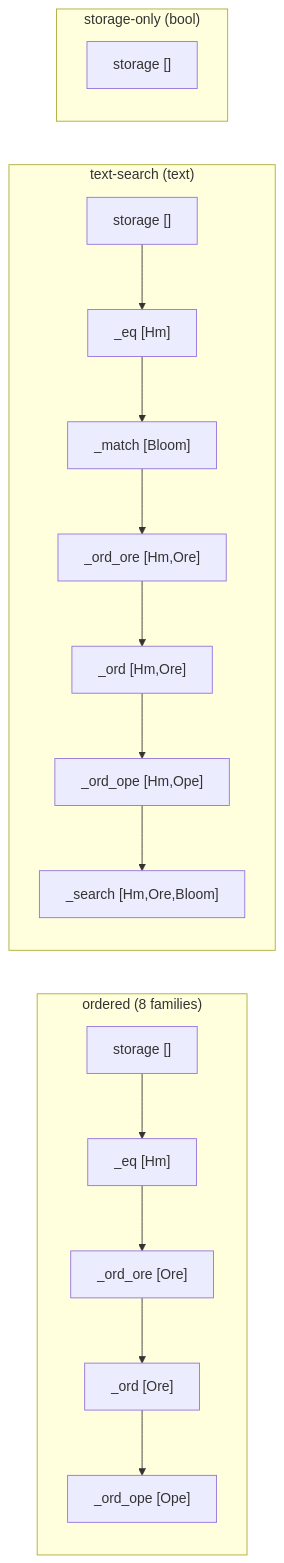
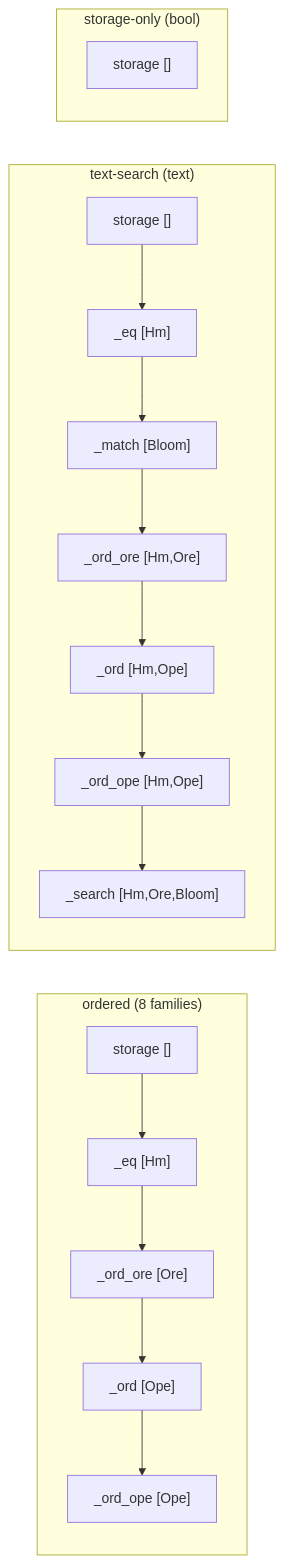
Before and after one commit to cipherstash/encrypt-query-language: the third of 15 diagrams in docs/reference/catalog-driven-architecture.md, drawn with Mermaid. The commit also changed other lines of this file and 150 other files, not shown here.

````diff
--- a/docs/reference/catalog-driven-architecture.md
+++ b/docs/reference/catalog-driven-architecture.md
@@ -168,14 +168,14 @@
 ```mermaid
 flowchart LR
     subgraph ordered["ordered (8 families)"]
         direction TB
-        o1["storage []"] --> o2["_eq [Hm]"] --> o3["_ord_ore [Ore]"] --> o4["_ord [Ore]"] --> o5["_ord_ope [Ope]"]
+        o1["storage []"] --> o2["_eq [Hm]"] --> o3["_ord_ore [Ore]"] --> o4["_ord [Ope]"] --> o5["_ord_ope [Ope]"]
     end
     subgraph text["text-search (text)"]
         direction TB
-        t1["storage []"] --> t2["_eq [Hm]"] --> t3["_match [Bloom]"] --> t4["_ord_ore [Hm,Ore]"] --> t5["_ord [Hm,Ore]"] --> t6["_ord_ope [Hm,Ope]"] --> t7["_search [Hm,Ore,Bloom]"]
+        t1["storage []"] --> t2["_eq [Hm]"] --> t3["_match [Bloom]"] --> t4["_ord_ore [Hm,Ore]"] --> t5["_ord [Hm,Ope]"] --> t6["_ord_ope [Hm,Ope]"] --> t7["_search [Hm,Ore,Bloom]"]
     end
     subgraph storage["storage-only (bool)"]
         s1["storage []"]
     end
 ```
````
